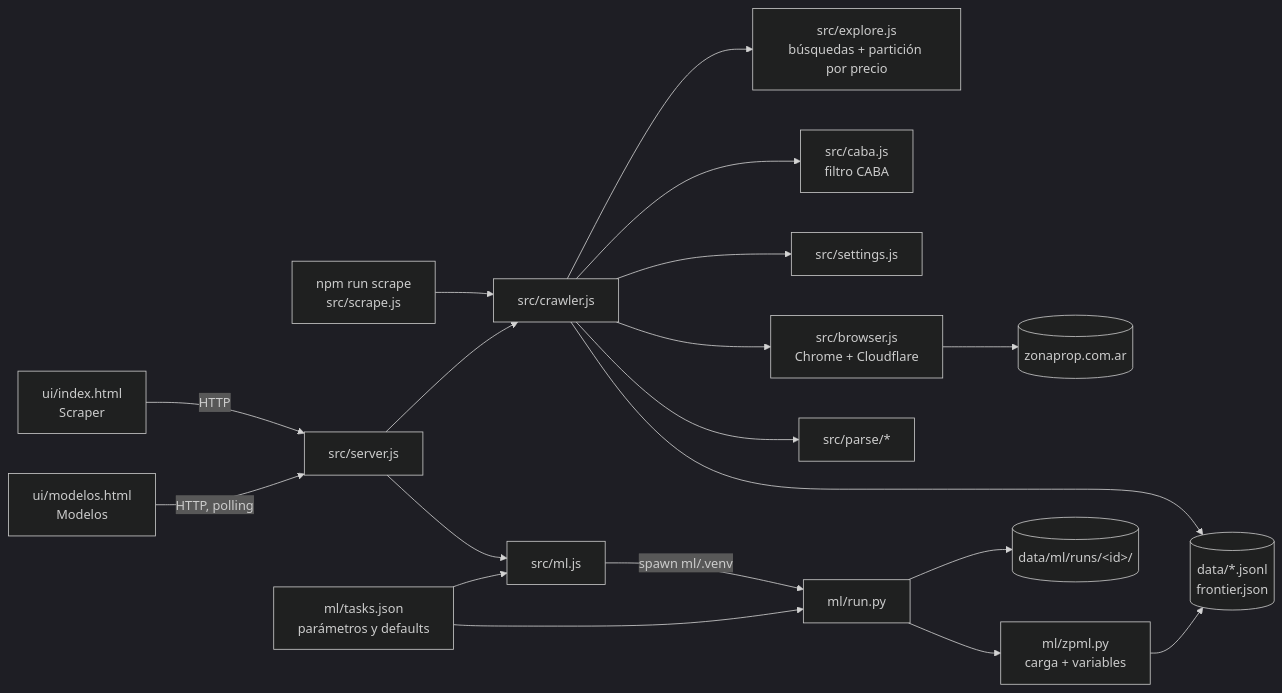
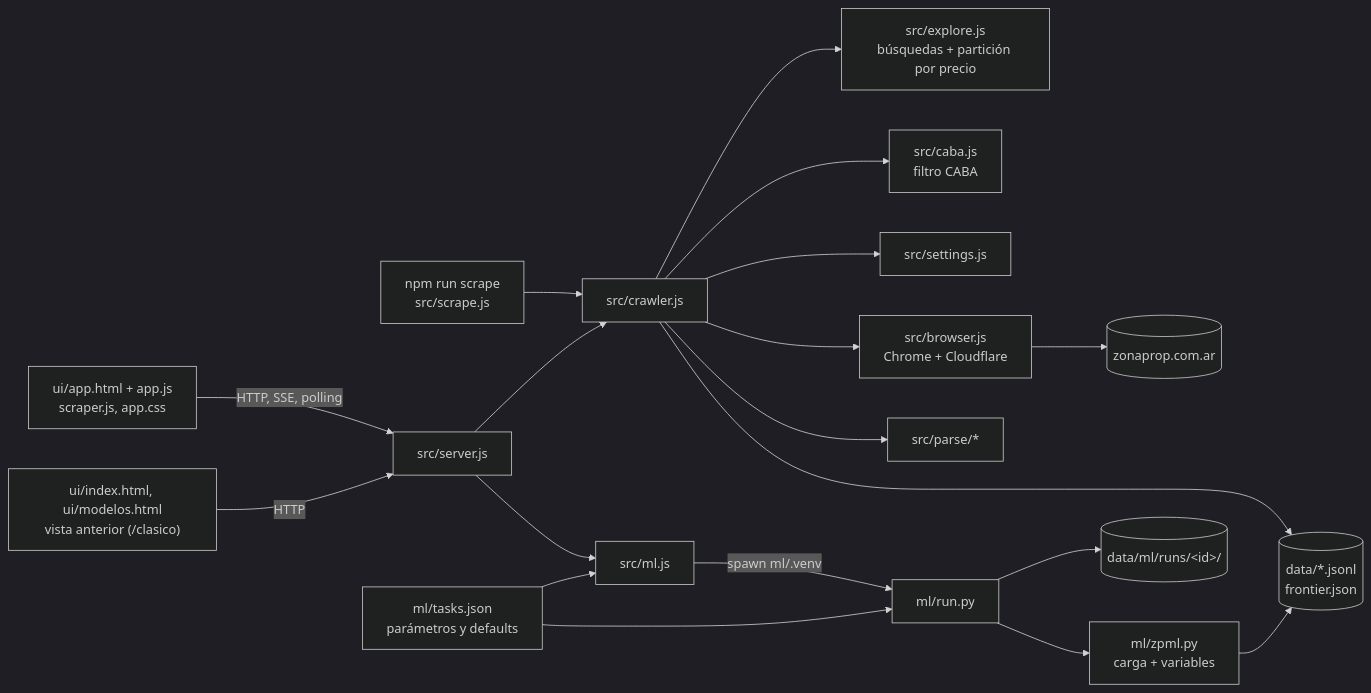
The diagram in README.md (nicohorn/zonaprop-web-scraper), drawn with Mermaid (dark theme) before and after one commit. The commit also changed other lines of this file and 9 other files, not shown here.

````diff
--- a/README.md
+++ b/README.md
@@ -16,17 +18,17 @@
 ```mermaid
 flowchart LR
-  UI["ui/index.html<br/>Scraper"] -->|HTTP| S["src/server.js"]
-  UM["ui/modelos.html<br/>Modelos"] -->|HTTP, polling| S
+  UI["ui/app.html + app.js<br/>scraper.js, app.css"] -->|HTTP, SSE, polling| S["src/server.js"]
+  UC["ui/index.html, ui/modelos.html<br/>vista anterior (/clasico)"] -->|HTTP| S
   CLI["npm run scrape<br/>src/scrape.js"] --> C
   S --> C["src/crawler.js"]
   C --> E["src/explore.js<br/>búsquedas + partición por precio"]
   C --> K["src/caba.js<br/>filtro CABA"]
   C --> ST["src/settings.js"]
   C --> B["src/browser.js<br/>Chrome + Cloudflare"] --> ZP[(zonaprop.com.ar)]
   C --> P["src/parse/*"]
   C --> D[("data/*.jsonl<br/>frontier.json")]
   S --> M["src/ml.js"] -->|spawn ml/.venv| R["ml/run.py"]
   R --> Z["ml/zpml.py<br/>carga + variables"] --> D
   R --> O[("data/ml/runs/&lt;id&gt;/")]
   T["ml/tasks.json<br/>parámetros y defaults"] --> M & R
 ```
````
